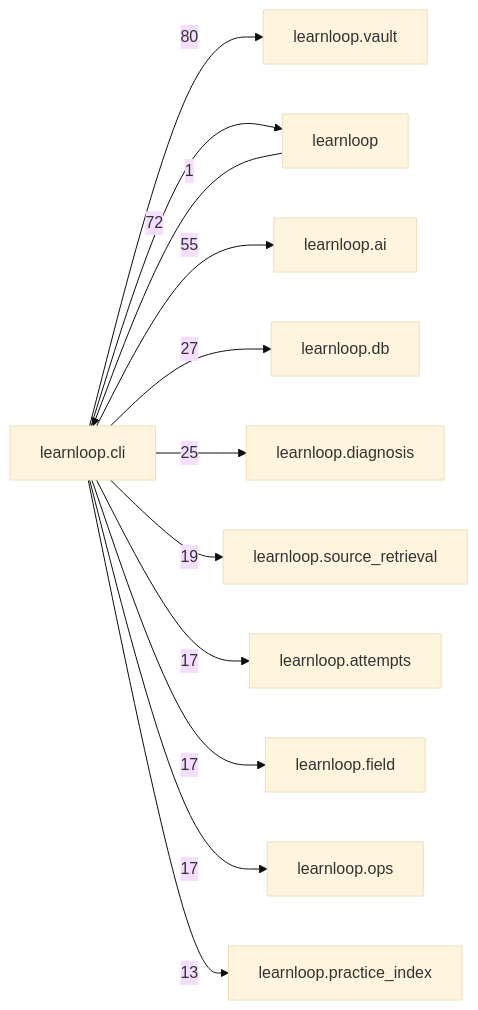
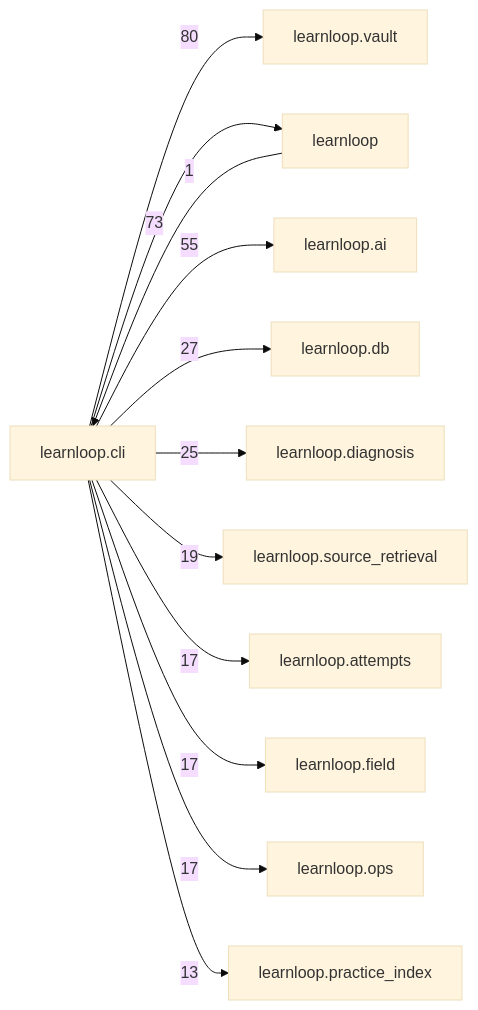
Before and after one commit to 6up-b/learnanything: the diagram in docs/learnloop-architecture-vault/Reference/Modules/learnloop/cli/_package.md, drawn with Mermaid (base theme). The commit also changed other lines of this file and 130 other files, not shown here.

````diff
--- a/docs/learnloop-architecture-vault/Reference/Modules/learnloop/cli/_package.md
+++ b/docs/learnloop-architecture-vault/Reference/Modules/learnloop/cli/_package.md
@@ -227,25 +227,25 @@
 ```mermaid
 flowchart LR
     center["learnloop.cli"]
     n_learnloop_vault["learnloop.vault"]
     n_learnloop["learnloop"]
     n_learnloop_ai["learnloop.ai"]
     n_learnloop_db["learnloop.db"]
     n_learnloop_diagnosis["learnloop.diagnosis"]
     n_learnloop_source_retrieval["learnloop.source_retrieval"]
     n_learnloop_attempts["learnloop.attempts"]
     n_learnloop_field["learnloop.field"]
     n_learnloop_ops["learnloop.ops"]
     n_learnloop_practice_index["learnloop.practice_index"]
     center -->|80| n_learnloop_vault
     n_learnloop -->|1| center
-    center -->|72| n_learnloop
+    center -->|73| n_learnloop
     center -->|55| n_learnloop_ai
     center -->|27| n_learnloop_db
     center -->|25| n_learnloop_diagnosis
     center -->|19| n_learnloop_source_retrieval
     center -->|17| n_learnloop_attempts
     center -->|17| n_learnloop_field
     center -->|17| n_learnloop_ops
     center -->|13| n_learnloop_practice_index
 ```
````
